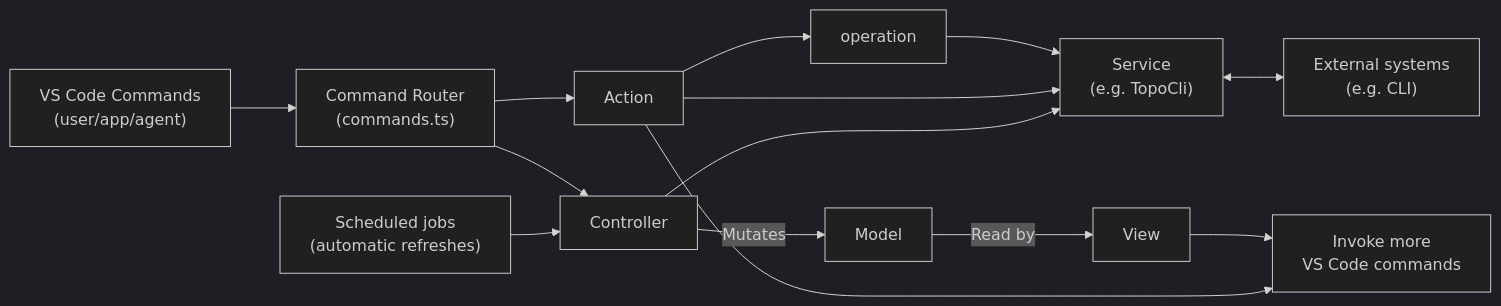
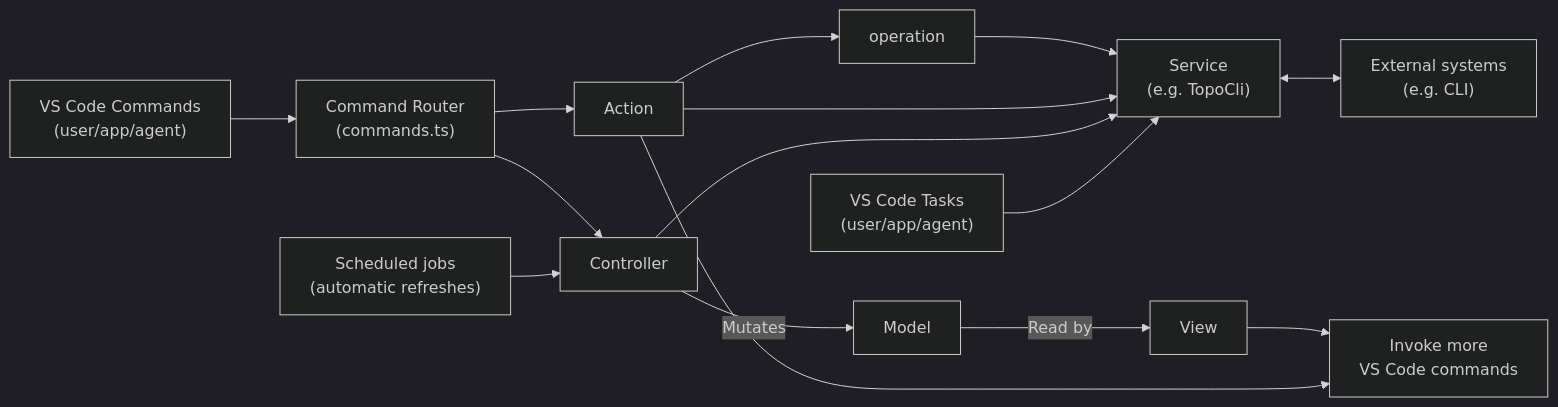
Before and after one commit to arm/vscode-topo: the diagram in docs/architecture.md, drawn with Mermaid (dark theme). The commit also changed other lines of this file and 24 other files, not shown here.

````diff
--- a/docs/architecture.md
+++ b/docs/architecture.md
@@ -9,20 +9,21 @@
 ```mermaid
 flowchart LR
     vscode["VS Code Commands<br/>(user/app/agent)"] --> router["Command Router<br/>(commands.ts)"]
+    task["VS Code Tasks<br/>(user/app/agent)"] --> service
     scheduled["Scheduled jobs<br/>(automatic refreshes)"] --> controller
 
     router --> controller["Controller"]
     router --> action["Action"]
 
     controller --> service["Service<br/>(e.g. TopoCli)"]
     action --> service
     action --> operation
     operation --> service
     service <--> outsideWorld["External systems<br/>(e.g. CLI)"]
 
     controller -->|Mutates| model["Model"]
     model -->|Read by| view["View"]
 
     action --> command["Invoke more<br/>VS Code commands"]
     view --> command
 ```
````
